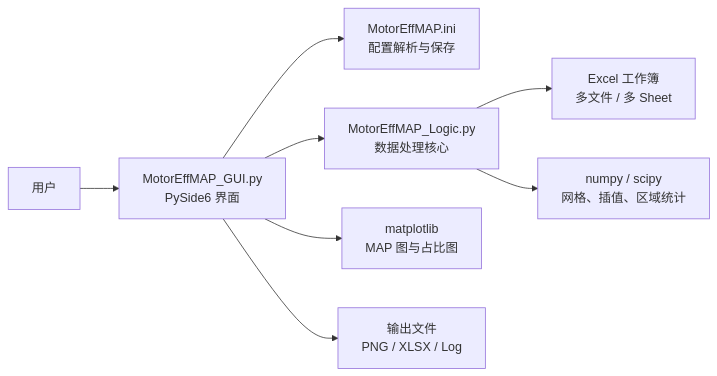
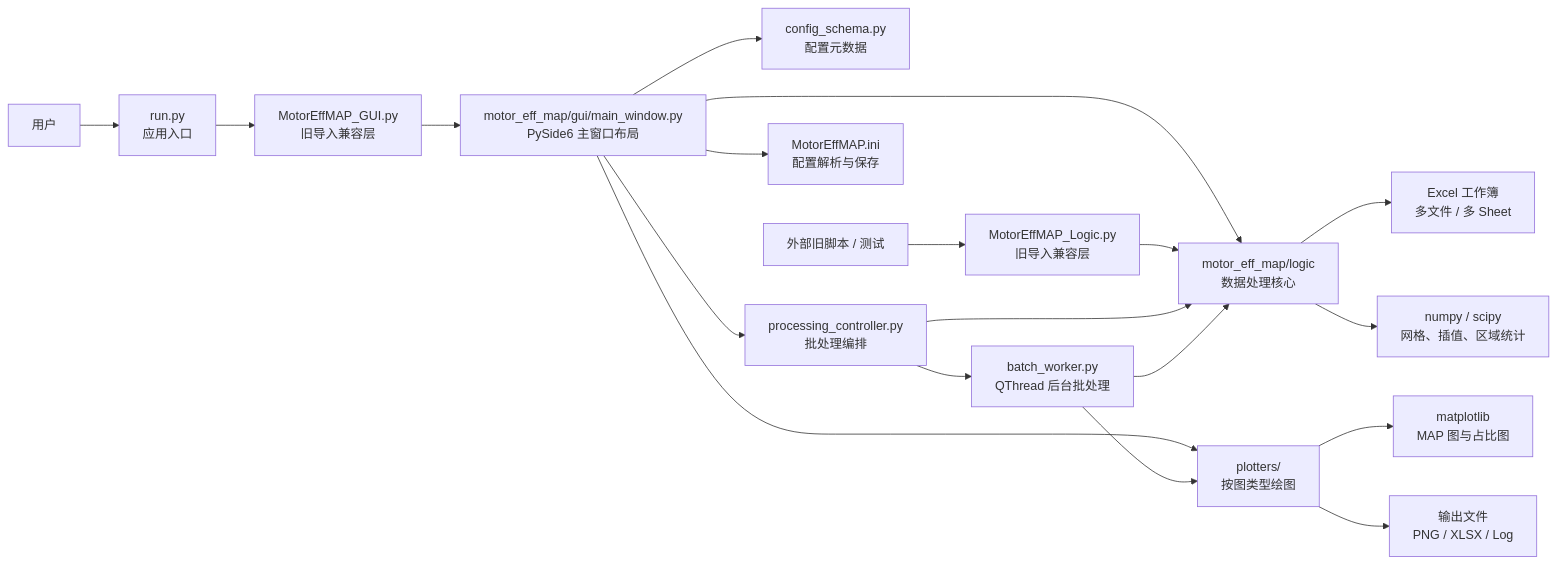
One commit to swordstudiox/MotorEffMAP changed the first of 11 diagrams in docs/program-implementation.md. Above: the diagram before and after it, drawn with Mermaid. The commit also changed other lines of this file and 30 other files, not shown here.

First line of the commit message:
发布V1.4：修复批处理视图缓存、进度和MAP显示一致性

````diff
--- a/docs/program-implementation.md
+++ b/docs/program-implementation.md
@@ -33,10 +49,21 @@
 ```mermaid
 flowchart LR
-    U["用户"] --> GUI["MotorEffMAP_GUI.py<br/>PySide6 界面"]
+    U["用户"] --> RUN["run.py<br/>应用入口"]
+    RUN --> GUI_COMPAT["MotorEffMAP_GUI.py<br/>旧导入兼容层"]
+    GUI_COMPAT --> GUI["motor_eff_map/gui/main_window.py<br/>PySide6 主窗口布局"]
+    GUI --> SCHEMA["config_schema.py<br/>配置元数据"]
+    GUI --> CTRL["processing_controller.py<br/>批处理编排"]
+    CTRL --> WORKER["batch_worker.py<br/>QThread 后台批处理"]
+    GUI --> PLOTTERS["plotters/<br/>按图类型绘图"]
     GUI --> INI["MotorEffMAP.ini<br/>配置解析与保存"]
-    GUI --> LOGIC["MotorEffMAP_Logic.py<br/>数据处理核心"]
+    GUI --> LOGIC["motor_eff_map/logic<br/>数据处理核心"]
+    LEGACY["外部旧脚本 / 测试"] --> LOGIC_COMPAT["MotorEffMAP_Logic.py<br/>旧导入兼容层"]
+    LOGIC_COMPAT --> LOGIC
+    PLOTTERS --> PLOT["matplotlib<br/>MAP 图与占比图"]
+    CTRL --> LOGIC
+    WORKER --> LOGIC
+    WORKER --> PLOTTERS
     LOGIC --> XLSX["Excel 工作簿<br/>多文件 / 多 Sheet"]
     LOGIC --> NUM["numpy / scipy<br/>网格、插值、区域统计"]
-    GUI --> PLOT["matplotlib<br/>MAP 图与占比图"]
-    GUI --> OUT["输出文件<br/>PNG / XLSX / Log"]
+    PLOTTERS --> OUT["输出文件<br/>PNG / XLSX / Log"]
 ```
````
